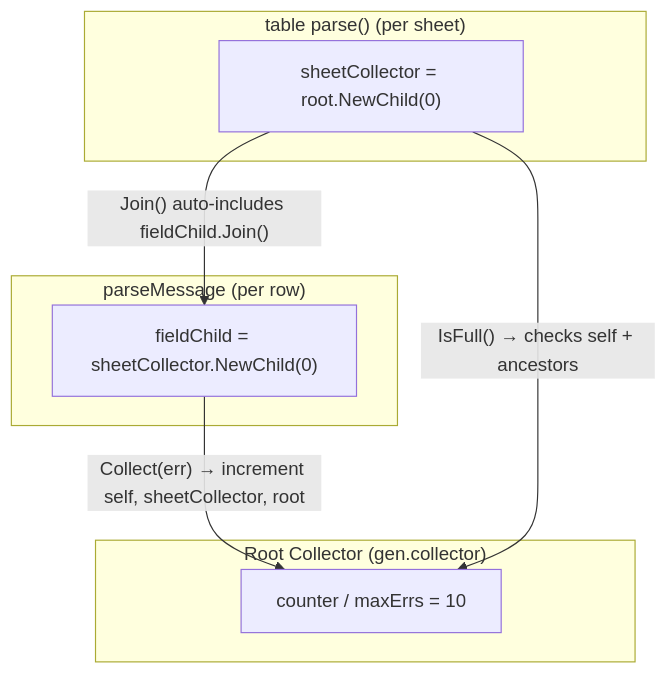
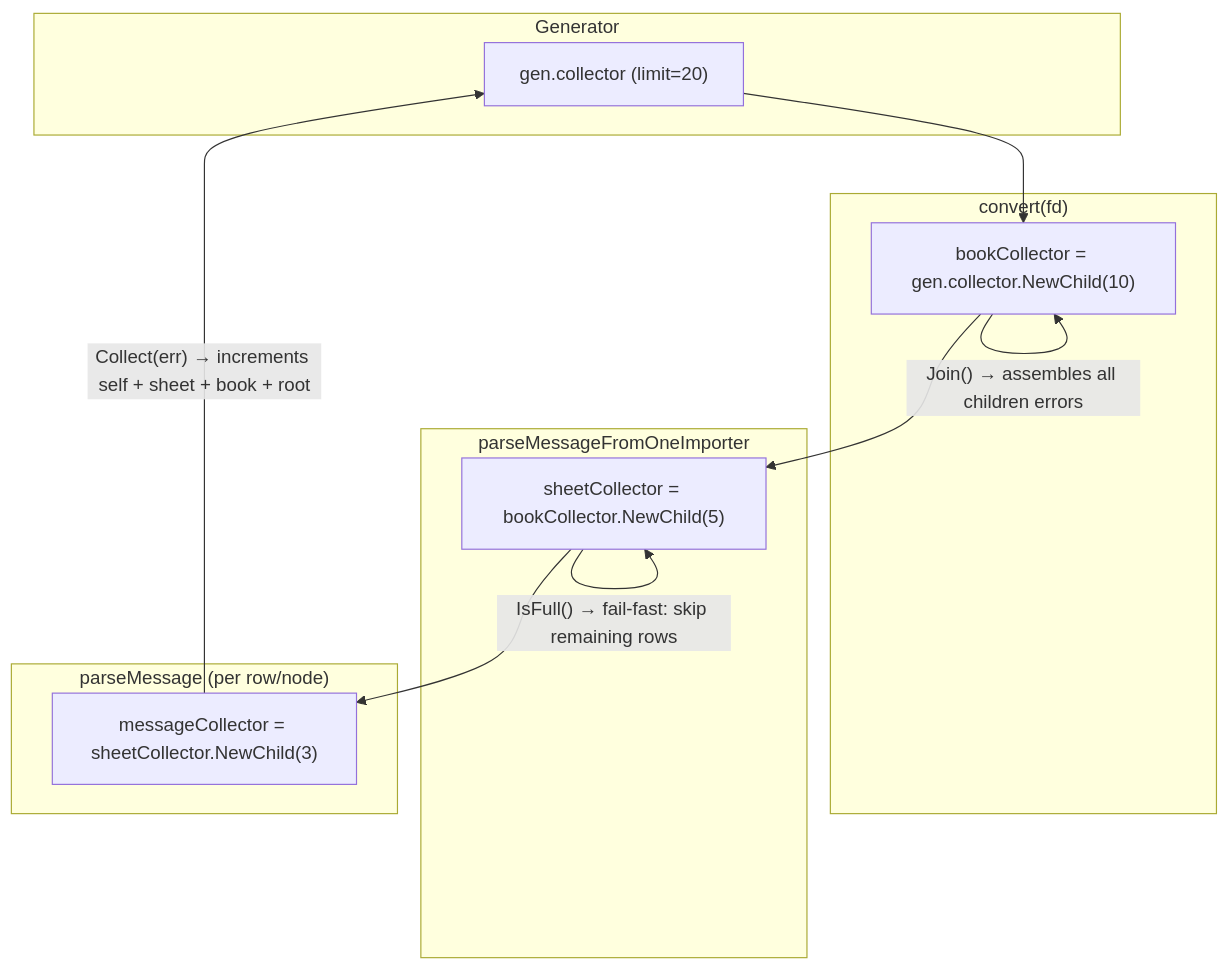
One commit to tableauio/tableau changed the second of 2 diagrams in internal/confgen/README.md. Above: the diagram before and after it, drawn with Mermaid. The commit also changed other lines of this file and 7 other files, not shown here.

````diff
--- a/internal/confgen/README.md
+++ b/internal/confgen/README.md
@@ -89,18 +95,23 @@
 ```mermaid
 flowchart TB
-    subgraph "Root Collector (gen.collector)"
-        RootCounter["counter / maxErrs = 10"]
+    subgraph "Generator"
+        Root["gen.collector  (limit=20)"]
     end
 
-    subgraph "table parse() (per sheet)"
-        SheetChild["sheetCollector = root.NewChild(0)"]
+    subgraph "convert(fd)"
+        Book["bookCollector = gen.collector.NewChild(10)"]
     end
 
-    subgraph "parseMessage (per row)"
-        FieldChild["fieldChild = sheetCollector.NewChild(0)"]
+    subgraph "parseMessageFromOneImporter"
+        Sheet["sheetCollector = bookCollector.NewChild(5)"]
     end
 
-    FieldChild -- "Collect(err) → increment self, sheetCollector, root" --> RootCounter
-    SheetChild -- "Join() auto-includes fieldChild.Join()" --> FieldChild
-    SheetChild -- "IsFull() → checks self + ancestors" --> RootCounter
+    subgraph "parseMessage (per row/node)"
+        Message["messageCollector = sheetCollector.NewChild(3)"]
+    end
+
+    Root --> Book --> Sheet --> Message
+    Message -- "Collect(err) → increments self + sheet + book + root" --> Root
+    Sheet -- "IsFull() → fail-fast: skip remaining rows" --> Sheet
+    Book -- "Join() → assembles all children errors" --> Book
 ```
````
